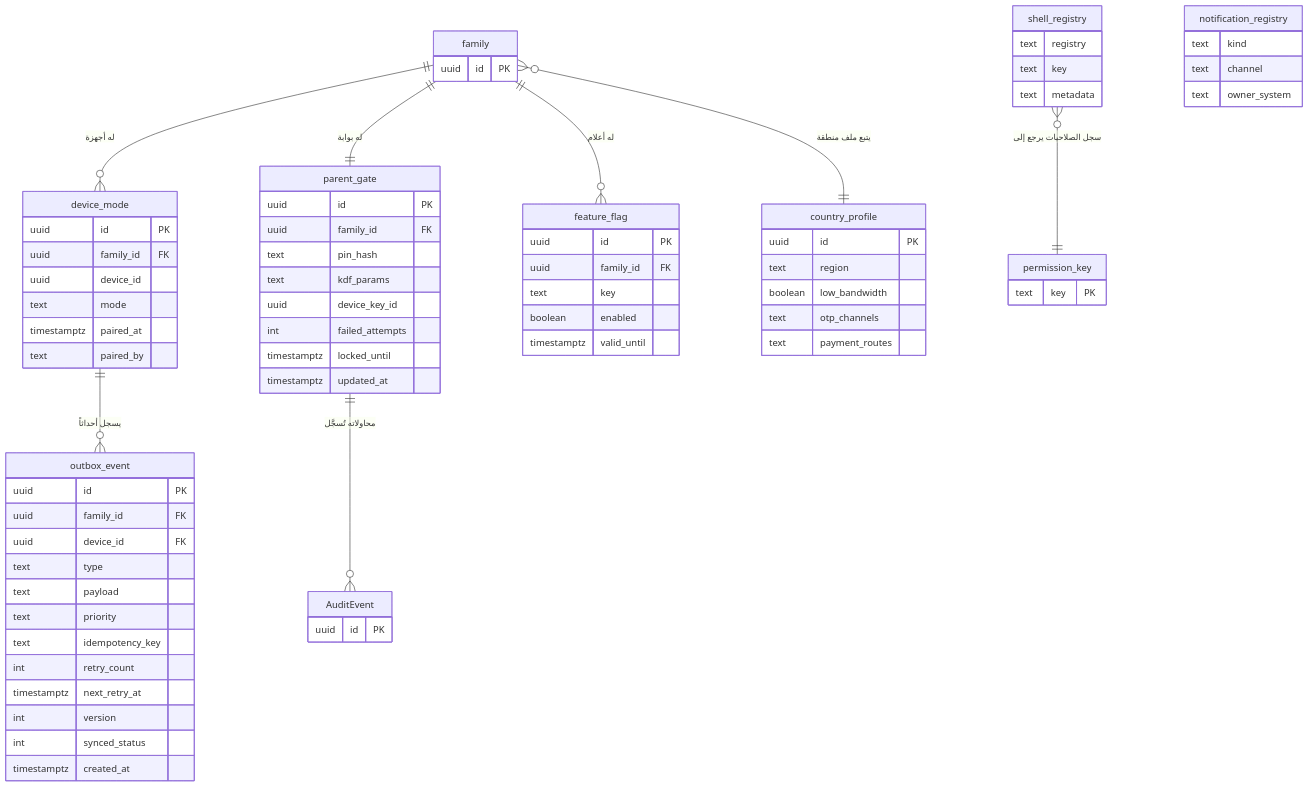
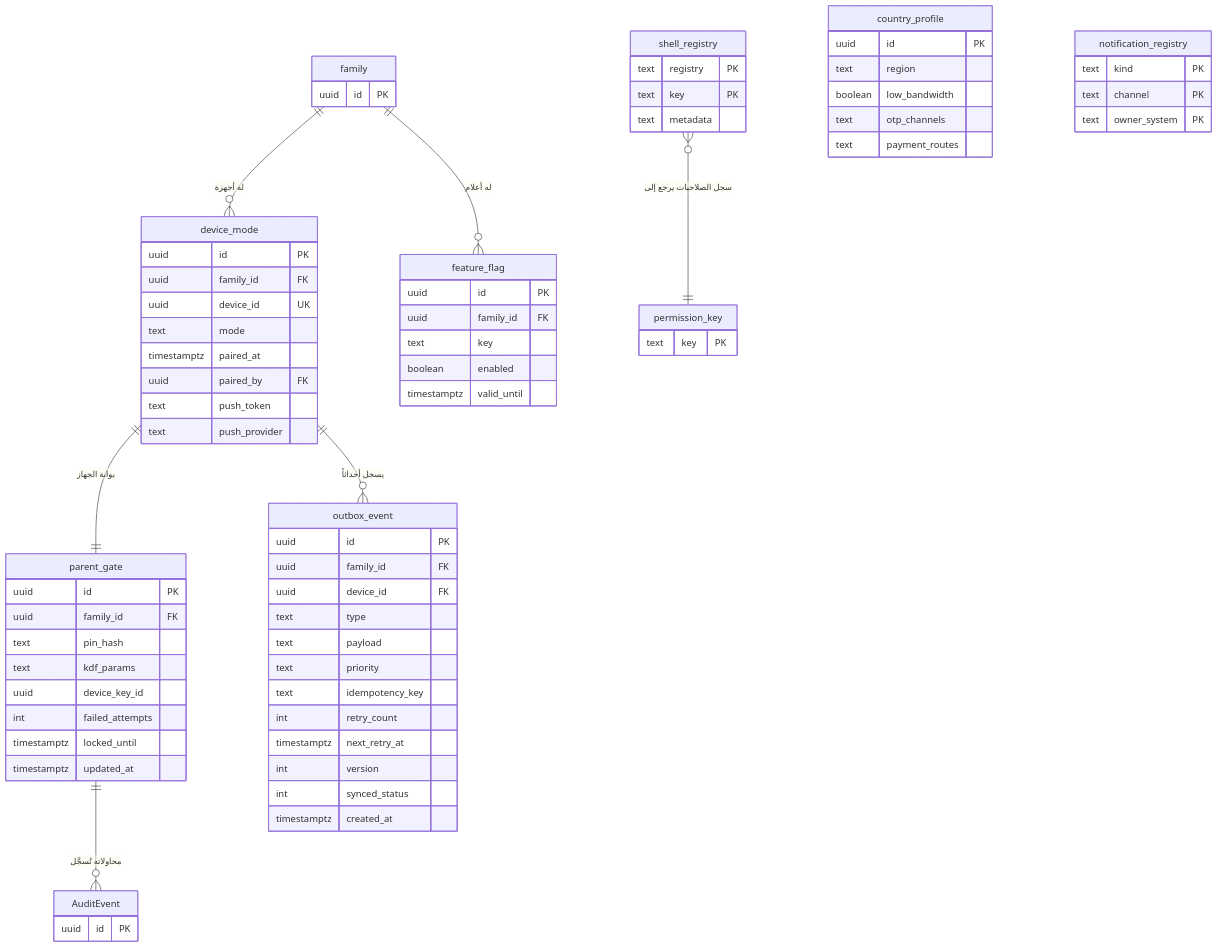
One commit to Bassam-mohammed-alqaeadi/family-os-v2 changed the second of 13 diagrams in docs/family-os/governance/phases/phase-1/S1-01-app-shell-and-platform/DIAGRAMS.md. Above: the diagram before and after it, drawn with Mermaid. The commit also changed other lines of this file and 3 other files, not shown here.

````diff
--- a/docs/family-os/governance/phases/phase-1/S1-01-app-shell-and-platform/DIAGRAMS.md
+++ b/docs/family-os/governance/phases/phase-1/S1-01-app-shell-and-platform/DIAGRAMS.md
@@ -71,76 +98,77 @@
 ```mermaid
 erDiagram
     family ||--o{ device_mode : "له أجهزة"
-    family ||--|| parent_gate : "له بوابة"
     family ||--o{ feature_flag : "له أعلام"
-    family }o--|| country_profile : "يتبع ملف منطقة"
+    device_mode ||--|| parent_gate : "بوابة الجهاز"
     device_mode ||--o{ outbox_event : "يسجل أحداثاً"
     parent_gate ||--o{ AuditEvent : "محاولاته تُسجَّل"
     shell_registry }o--|| permission_key : "سجل الصلاحيات يرجع إلى"
 
     device_mode {
         uuid id PK
         uuid family_id FK
-        uuid device_id
+        uuid device_id UK
         text mode
         timestamptz paired_at
-        text paired_by
+        uuid paired_by FK
+        text push_token
+        text push_provider
     }
     parent_gate {
         uuid id PK
         uuid family_id FK
         text pin_hash
         text kdf_params
         uuid device_key_id
         int failed_attempts
         timestamptz locked_until
         timestamptz updated_at
     }
     feature_flag {
         uuid id PK
         uuid family_id FK
         text key
         boolean enabled
         timestamptz valid_until
     }
     outbox_event {
         uuid id PK
         uuid family_id FK
         uuid device_id FK
         text type
         text payload
         text priority
         text idempotency_key
         int retry_count
         timestamptz next_retry_at
         int version
         int synced_status
         timestamptz created_at
     }
     country_profile {
         uuid id PK
         text region
         boolean low_bandwidth
         text otp_channels
         text payment_routes
     }
     shell_registry {
-        text registry
-        text key
+        text registry PK
+        text key PK
         text metadata
     }
     notification_registry {
-        text kind
-        text channel
-        text owner_system
+        text kind PK
+        text channel PK
+        text owner_system PK
     }
     family {
         uuid id PK
     }
     permission_key {
         text key PK
     }
     AuditEvent {
         uuid id PK
     }
 ```
````
